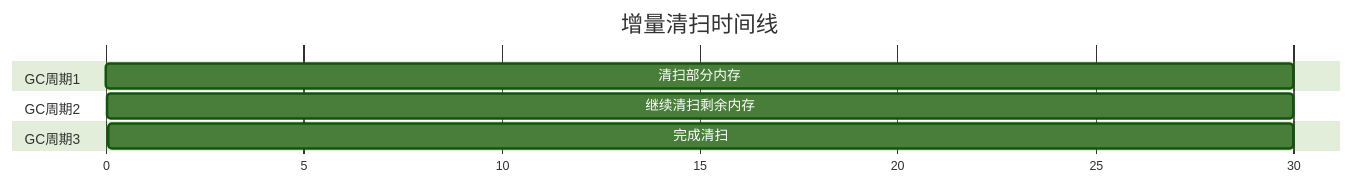
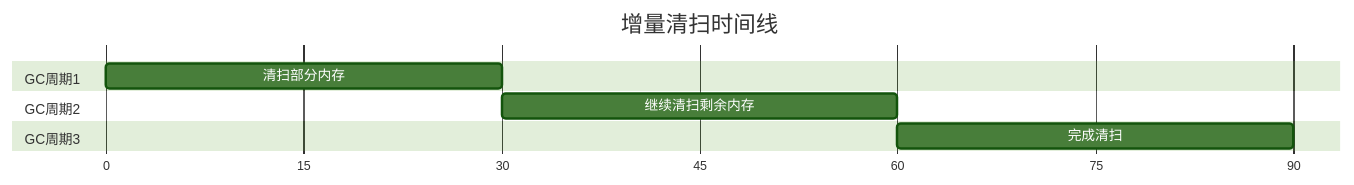
One commit to djaigoo/blog changed diagram 20 of 39 in _posts/golang/垃圾回收器.md. Above: the diagram before and after it, drawn with Mermaid (forest theme). The commit also changed other lines of this file and 6 other files, not shown here.

````diff
--- a/_posts/golang/垃圾回收器.md
+++ b/_posts/golang/垃圾回收器.md
@@ -531,15 +761,15 @@
 ```mermaid
 gantt
     title 增量清扫时间线
     dateFormat X
     axisFormat %s
     
     section GC周期1
     清扫部分内存    :0, 30
     
     section GC周期2
-    继续清扫剩余内存 :30, 30
+    继续清扫剩余内存 : 30000, 60
     
     section GC周期3
-    完成清扫        :60, 30
+    完成清扫        :60000, 90
 ```
````
